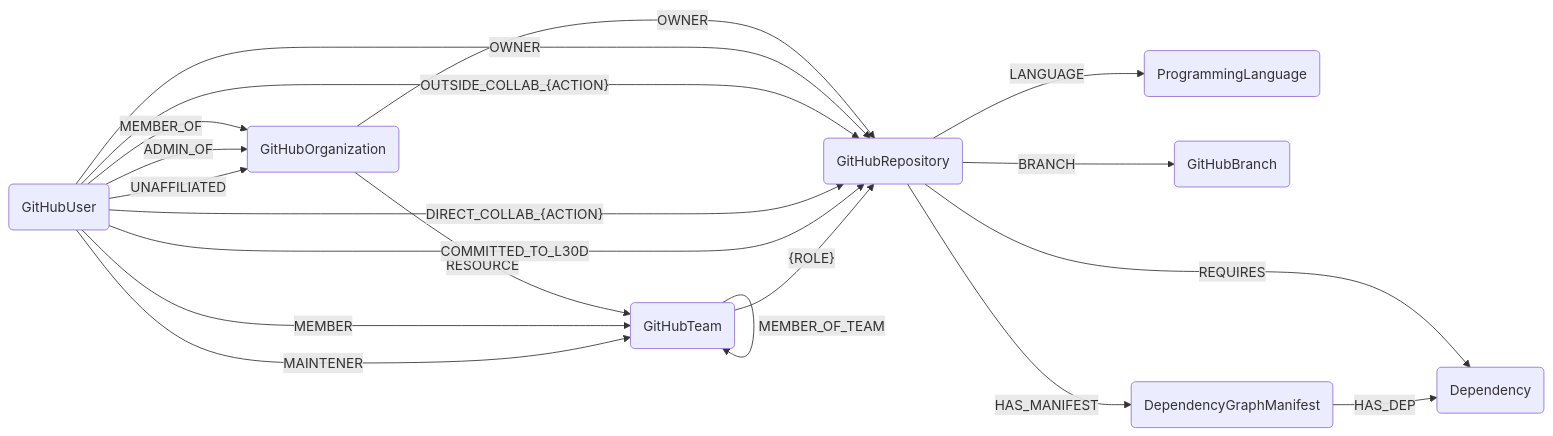
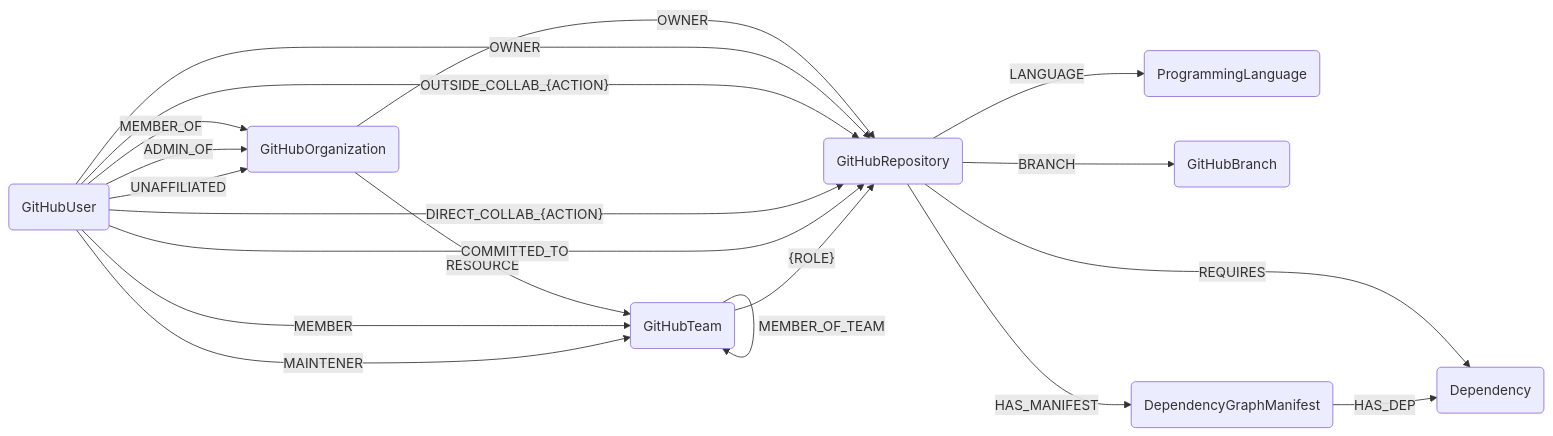
Before and after one commit to cartography-cncf/cartography: the diagram in docs/root/modules/github/schema.md, drawn with Mermaid. The commit also changed other lines of this file and 3 other files, not shown here.

````diff
--- a/docs/root/modules/github/schema.md
+++ b/docs/root/modules/github/schema.md
@@ -3,22 +3,22 @@
 ```mermaid
 graph LR
 
 O(GitHubOrganization) -- OWNER --> R(GitHubRepository)
 O -- RESOURCE --> T(GitHubTeam)
 U(GitHubUser) -- MEMBER_OF --> O
 U -- ADMIN_OF --> O
 U -- UNAFFILIATED --> O
 U -- OWNER --> R
 U -- OUTSIDE_COLLAB_{ACTION} --> R
 U -- DIRECT_COLLAB_{ACTION} --> R
-U -- COMMITTED_TO_L30D --> R
+U -- COMMITTED_TO --> R
 R -- LANGUAGE --> L(ProgrammingLanguage)
 R -- BRANCH --> B(GitHubBranch)
 R -- REQUIRES --> D(Dependency)
 R -- HAS_MANIFEST --> M(DependencyGraphManifest)
 M -- HAS_DEP --> D
 T -- {ROLE} --> R
 T -- MEMBER_OF_TEAM --> T
 U -- MEMBER --> T
 U -- MAINTENER --> T
 ```
````
